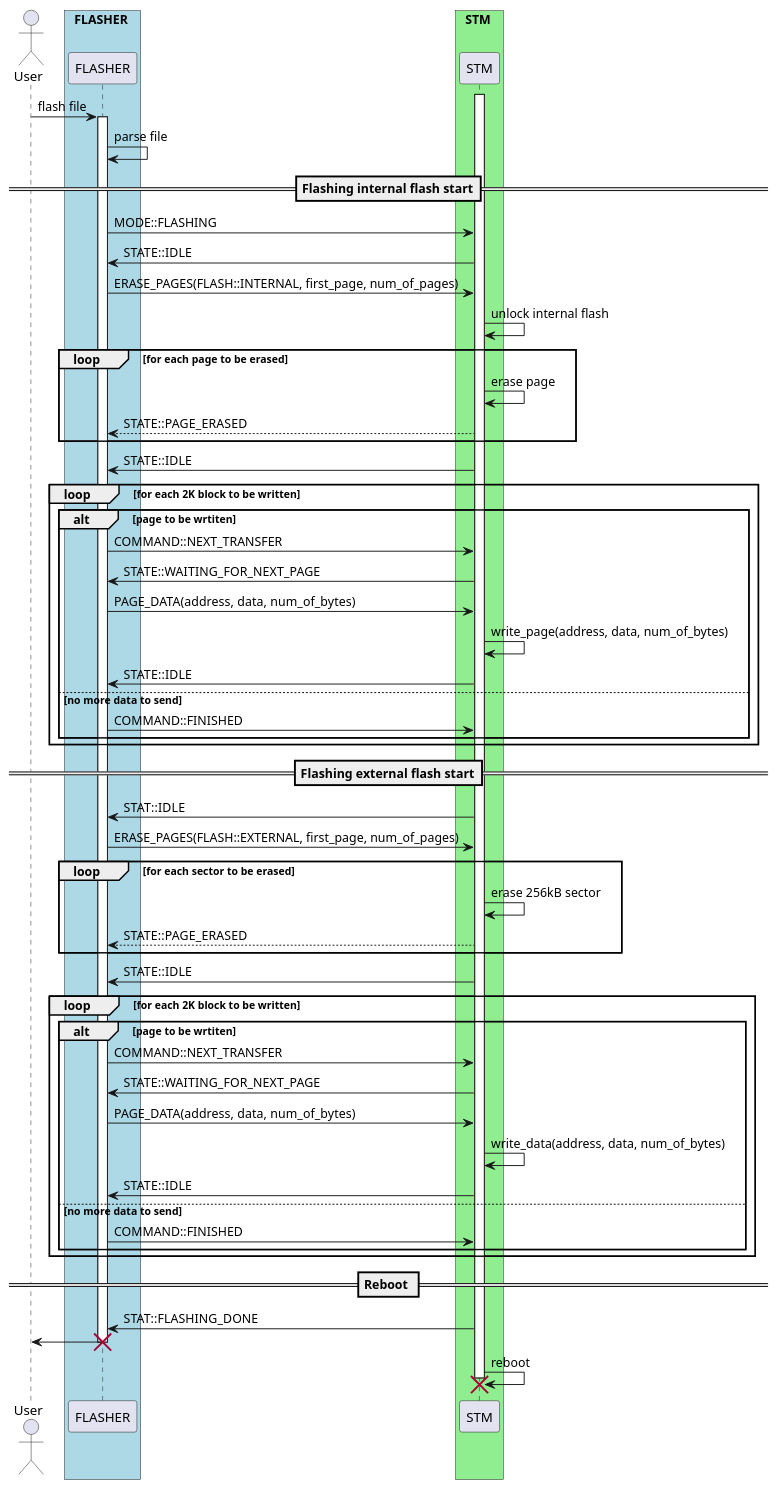
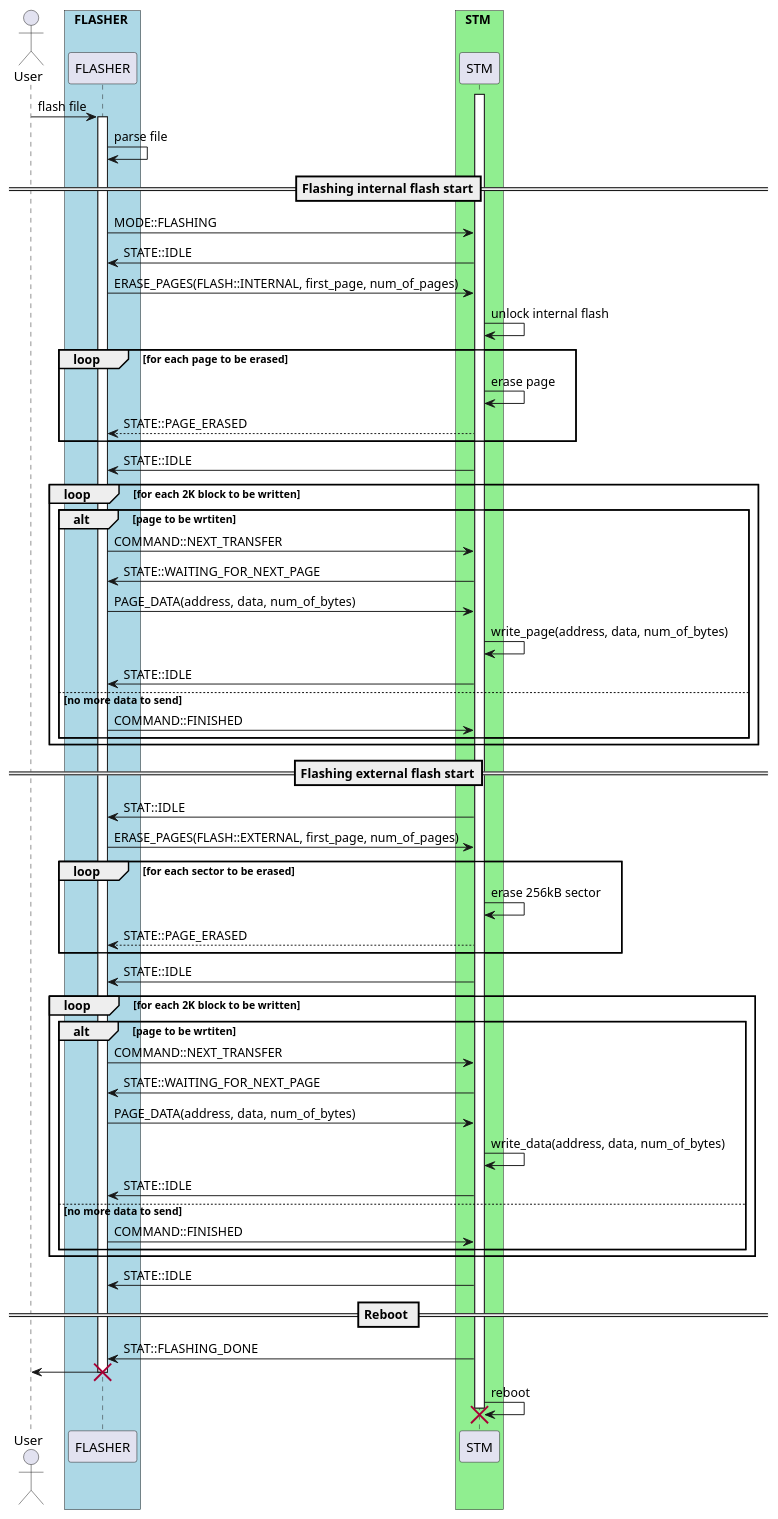
Before and after one commit to ProrokWielki/Wooden-Clock: the diagram in Doc/flashing_sequence_diagram.puml, drawn with PlantUML. The commit also changed 2 other files, not shown here.

Commit message:
fixed flashing sequence

```diff
--- a/Doc/flashing_sequence_diagram.puml
+++ b/Doc/flashing_sequence_diagram.puml
@@ -1,84 +1,86 @@
 @startuml
 
 actor User
 
 activate STM
 
 box FLASHER #LightBlue
     participant FLASHER
 end box
 
 box STM #LightGreen
     participant STM
 end box
 
 
 
 
 User -> FLASHER : flash file 
 
 activate FLASHER
 
 FLASHER -> FLASHER : parse file
 
 == Flashing internal flash start==
 
 FLASHER -> STM : MODE::FLASHING
 STM -> FLASHER : STATE::IDLE
 
 FLASHER -> STM : ERASE_PAGES(FLASH::INTERNAL, first_page, num_of_pages)
 
 
 STM -> STM : unlock internal flash
 loop for each page to be erased
     STM -> STM : erase page
     STM --> FLASHER : STATE::PAGE_ERASED
 end
 STM -> FLASHER : STATE::IDLE
 
 loop for each 2K block to be written
     alt page to be wrtiten
         FLASHER -> STM : COMMAND::NEXT_TRANSFER
         STM -> FLASHER : STATE::WAITING_FOR_NEXT_PAGE
         FLASHER -> STM : PAGE_DATA(address, data, num_of_bytes)
         STM -> STM : write_page(address, data, num_of_bytes)
         STM -> FLASHER : STATE::IDLE
     else no more data to send
         FLASHER -> STM : COMMAND::FINISHED
     end
 end
 
 == Flashing external flash start==
 
 STM -> FLASHER : STAT::IDLE
 FLASHER -> STM : ERASE_PAGES(FLASH::EXTERNAL, first_page, num_of_pages)
 
 loop for each sector to be erased
     STM -> STM : erase 256kB sector
     STM --> FLASHER : STATE::PAGE_ERASED
 end
 STM -> FLASHER : STATE::IDLE
 
 loop for each 2K block to be written
     alt page to be wrtiten
         FLASHER -> STM : COMMAND::NEXT_TRANSFER
         STM -> FLASHER : STATE::WAITING_FOR_NEXT_PAGE
         FLASHER -> STM : PAGE_DATA(address, data, num_of_bytes)
         STM -> STM : write_data(address, data, num_of_bytes)
         STM -> FLASHER : STATE::IDLE
     else no more data to send
         FLASHER -> STM : COMMAND::FINISHED
     end
 end
 
+STM -> FLASHER : STATE::IDLE
+
 == Reboot ==
 
 STM -> FLASHER : STAT::FLASHING_DONE
 FLASHER -> User
 destroy FLASHER
 
 STM -> STM : reboot
 destroy STM
 
 
 @endum
```
